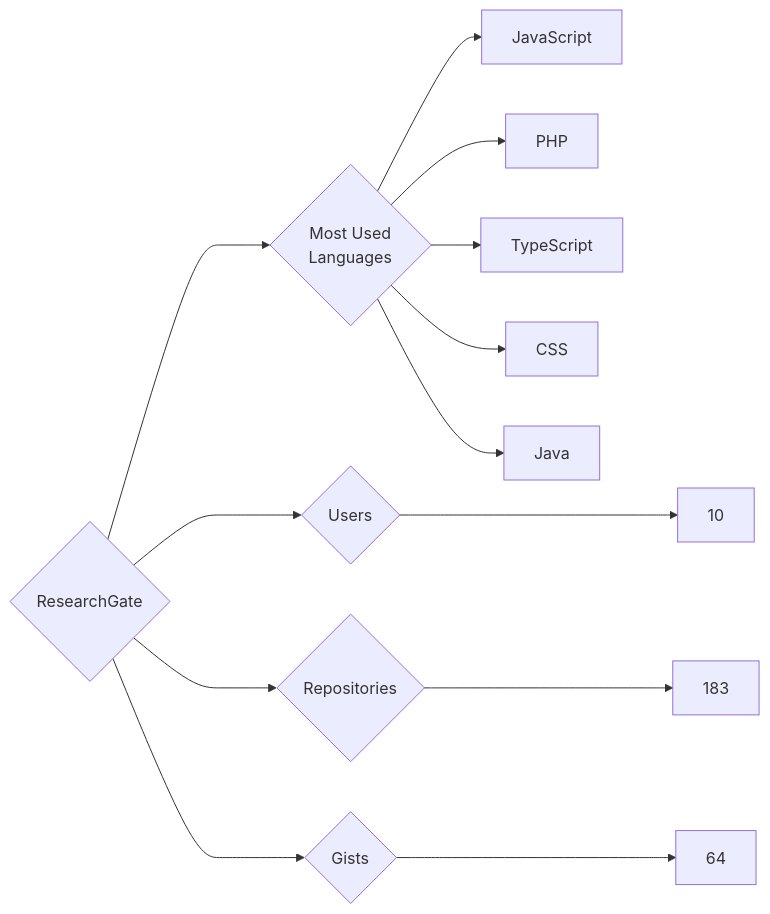
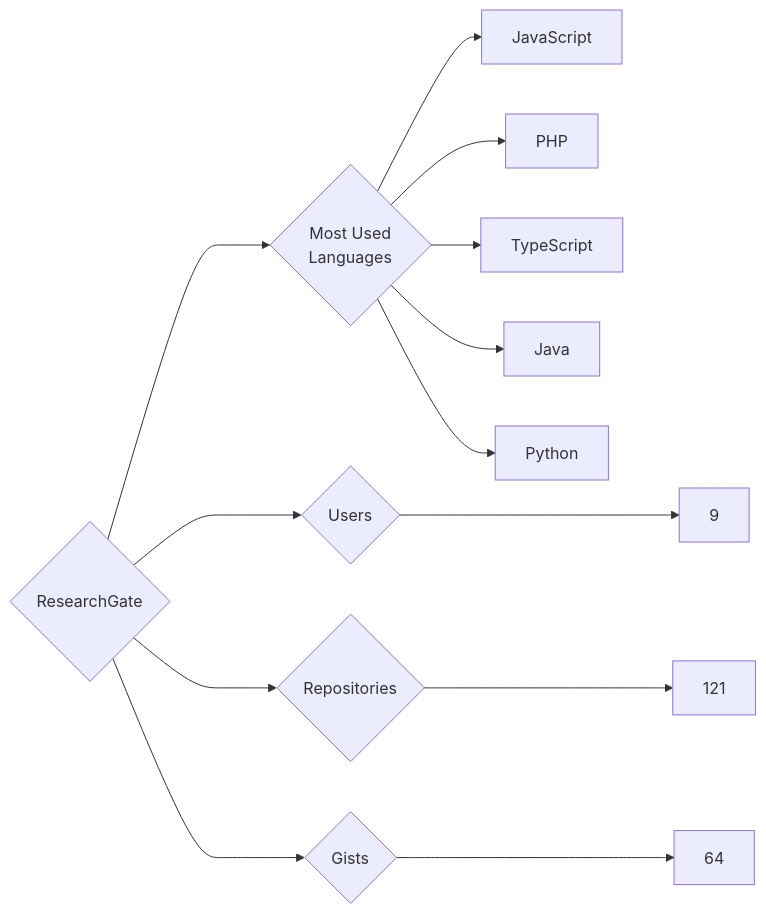
One commit to trickest/insiders changed the diagram in targets/ResearchGate/README.md. Above: the diagram before and after it, drawn with Mermaid. The commit also changed 1248 other files, not shown here.

````diff
--- a/targets/ResearchGate/README.md
+++ b/targets/ResearchGate/README.md
@@ -3,13 +3,13 @@
 ```mermaid
 graph LR
 COMPANY_NAME{ResearchGate}
-COMPANY_NAME ---> U{Users} ---> UN[10]
-COMPANY_NAME ---> R{Repositories} ---> RN[183]
+COMPANY_NAME ---> U{Users} ---> UN[9]
+COMPANY_NAME ---> R{Repositories} ---> RN[121]
 COMPANY_NAME ---> G{Gists} ---> GN[64]
 COMPANY_NAME ---> ML{Most Used<br>Languages}
 ML --> JavaScript[JavaScript]
 ML --> PHP[PHP]
 ML --> TypeScript[TypeScript]
-ML --> CSS[CSS]
 ML --> Java[Java]
+ML --> Python[Python]
 ```
````
